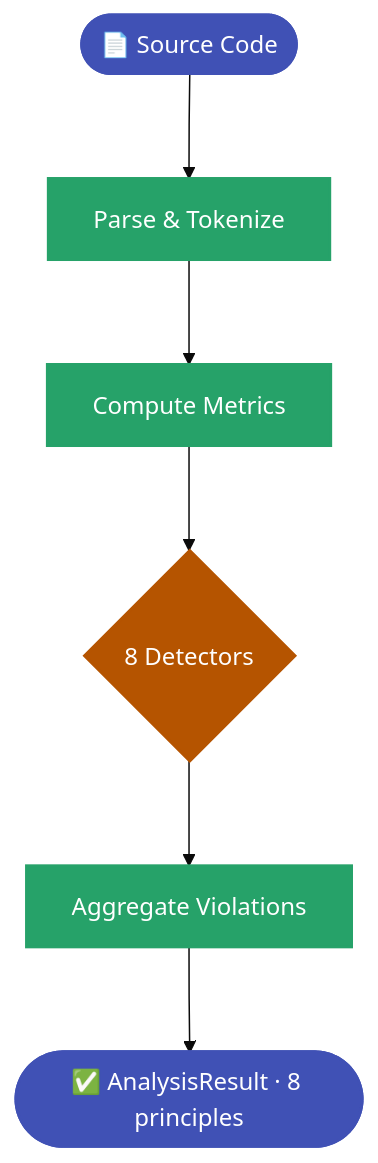
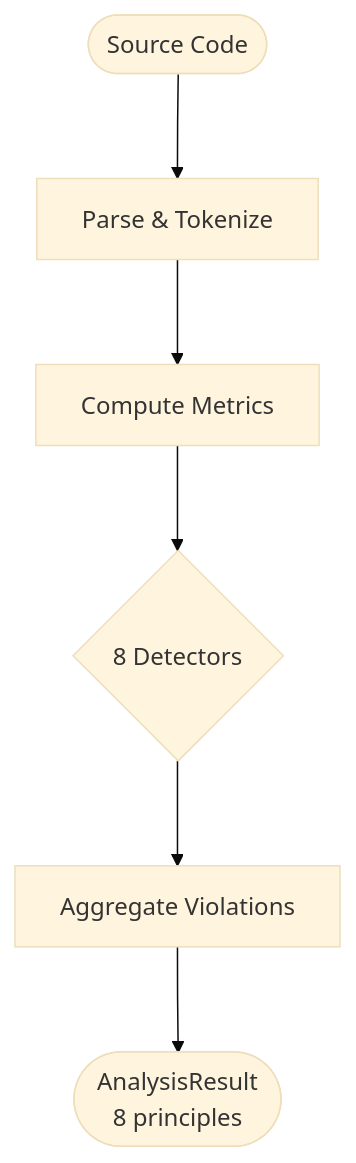
Before and after one commit to Anselmoo/mcp-zen-of-languages: the third of 4 diagrams in docs/user-guide/languages/dockerfile.md, drawn with Mermaid. The commit also changed other lines of this file and 18 other files, not shown here.

````diff
--- a/docs/user-guide/languages/dockerfile.md
+++ b/docs/user-guide/languages/dockerfile.md
@@ -287,16 +249,9 @@
     ```mermaid
-%%{init: {"theme": "base", "flowchart": {"useMaxWidth": false, "htmlLabels": true, "nodeSpacing": 50, "rankSpacing": 70}}}%%
+    %%{init: {"theme": "base", "flowchart": {"useMaxWidth": false, "htmlLabels": true, "nodeSpacing": 50, "rankSpacing": 70}}}%%
     flowchart TD
-    Source(["📄 Source Code"]) --> Parse["Parse & Tokenize"]
+    Source(["Source Code"]) --> Parse["Parse & Tokenize"]
     Parse --> Metrics["Compute Metrics"]
     Metrics --> Pipeline{"8 Detectors"}
     Pipeline --> Collect["Aggregate Violations"]
-    Collect --> Result(["✅ AnalysisResult · 8 principles"])
-
-    classDef io fill:#4051b5,color:#ffffff,stroke:#4051b5,stroke-width:2px
-    classDef process fill:#26a269,color:#ffffff,stroke:#26a269,stroke-width:2px
-    classDef decision fill:#b55400,color:#ffffff,stroke:#b55400,stroke-width:2px
-    class Source,Result io
-    class Parse,Metrics,Collect process
-    class Pipeline decision
+    Collect --> Result(["AnalysisResult<br/>8 principles"])
     ```
````
